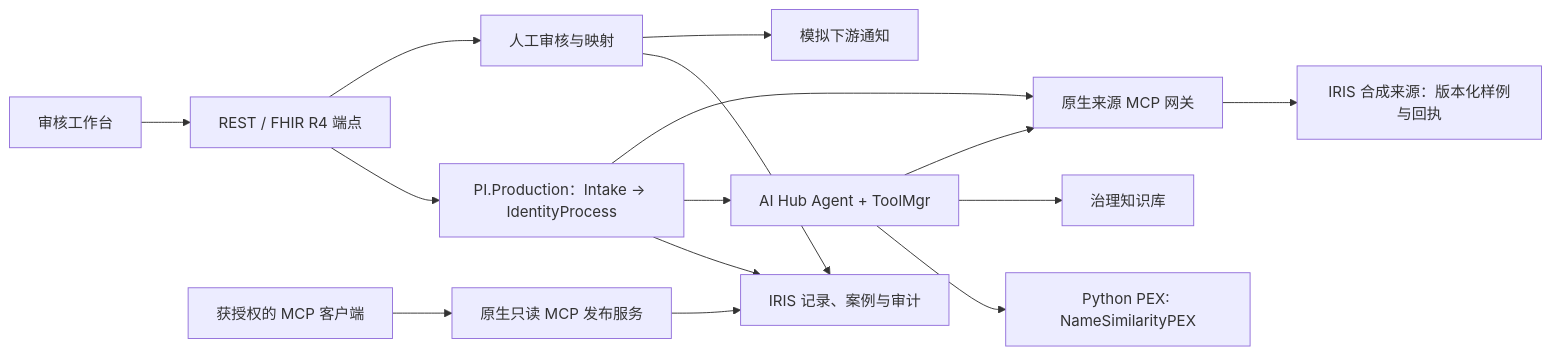
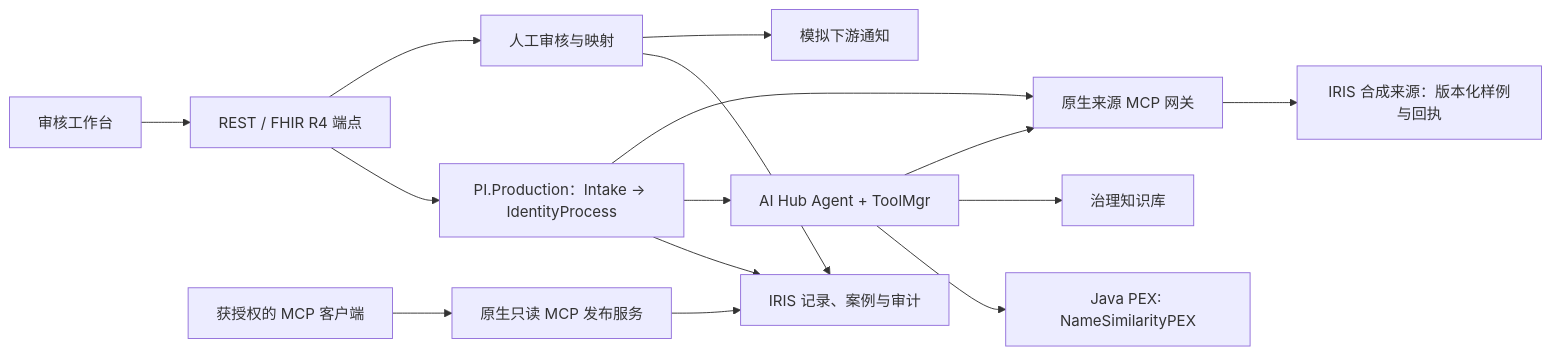
The third of 3 diagrams in README.zh-CN.md (boanerges1227/pi-review), drawn with Mermaid before and after one commit. The commit also changed other lines of this file and 12 other files, not shown here.

Commit message:
Replace Python PEX name scoring with Java PEX

````diff
--- a/README.zh-CN.md
+++ b/README.zh-CN.md
@@ -103,17 +103,17 @@
 ```mermaid
 flowchart LR
     UI["审核工作台"] --> API["REST / FHIR R4 端点"]
     API --> PROD["PI.Production：Intake → IdentityProcess"]
     PROD --> STORE["IRIS 记录、案例与审计"]
     PROD --> AGENT["AI Hub Agent + ToolMgr"]
-    AGENT --> PEX["Python PEX: NameSimilarityPEX"]
+    AGENT --> PEX["Java PEX: NameSimilarityPEX"]
     AGENT --> KB["治理知识库"]
     AGENT --> SOURCE["原生来源 MCP 网关"]
     PROD --> SOURCE
     SOURCE --> FIXTURE["IRIS 合成来源：版本化样例与回执"]
     API --> REVIEW["人工审核与映射"]
     REVIEW --> STORE
     REVIEW --> NOTIFY["模拟下游通知"]
     CLIENT["获授权的 MCP 客户端"] --> PUB["原生只读 MCP 发布服务"]
     PUB --> STORE
 ```
````
